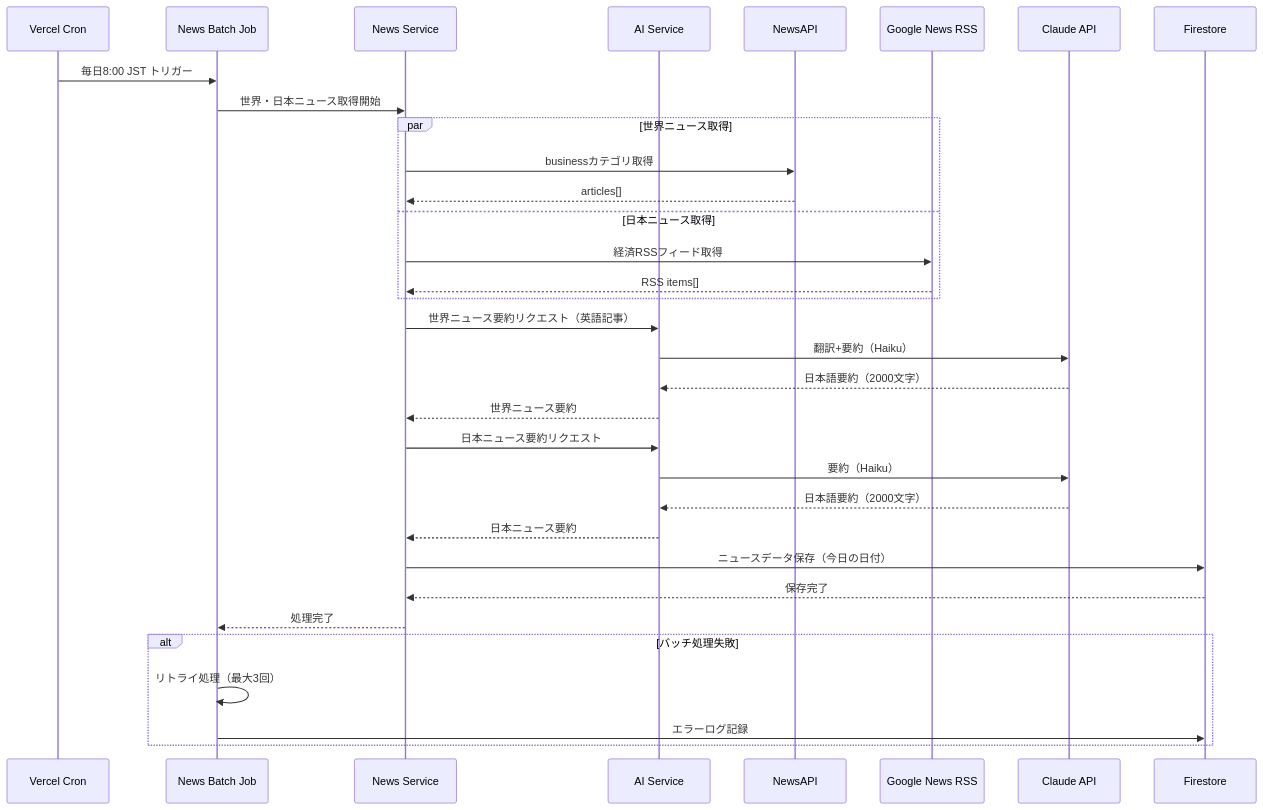
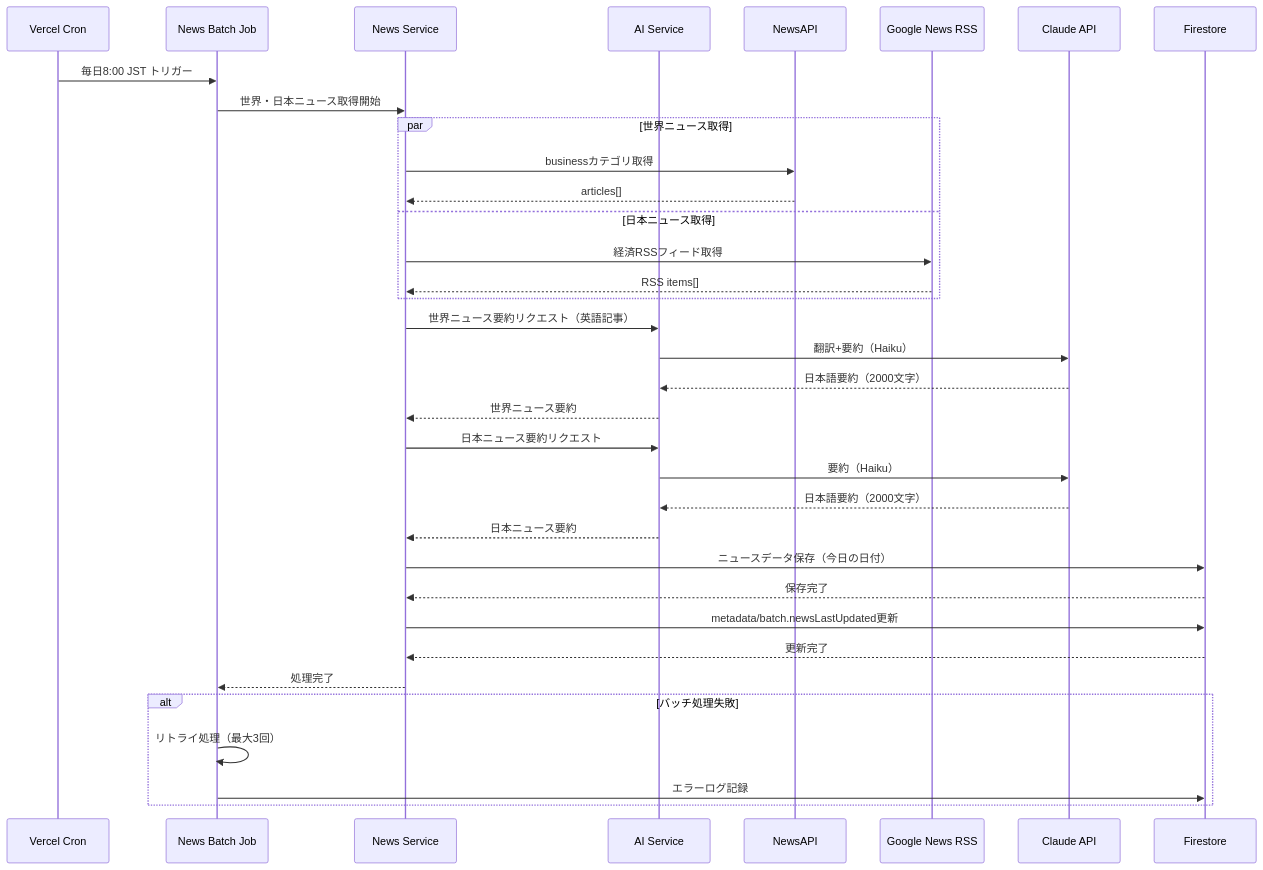
One commit to acmk189/invest-learning-app changed the second of 4 diagrams in .kiro/specs/investment-news-app/design.md. Above: the diagram before and after it, drawn with Mermaid. The commit also changed other lines of this file and 7 other files, not shown here.

````diff
--- a/.kiro/specs/investment-news-app/design.md
+++ b/.kiro/specs/investment-news-app/design.md
@@ -135,41 +135,43 @@
 ```mermaid
 sequenceDiagram
     participant Cron as Vercel Cron
     participant NewsJob as News Batch Job
     participant NewsService as News Service
     participant AIService as AI Service
     participant NewsAPI as NewsAPI
     participant GoogleRSS as Google News RSS
     participant ClaudeAPI as Claude API
     participant Firestore as Firestore
 
     Cron->>NewsJob: 毎日8:00 JST トリガー
     NewsJob->>NewsService: 世界・日本ニュース取得開始
 
     par 世界ニュース取得
         NewsService->>NewsAPI: businessカテゴリ取得
         NewsAPI-->>NewsService: articles[]
     and 日本ニュース取得
         NewsService->>GoogleRSS: 経済RSSフィード取得
         GoogleRSS-->>NewsService: RSS items[]
     end
 
     NewsService->>AIService: 世界ニュース要約リクエスト（英語記事）
     AIService->>ClaudeAPI: 翻訳+要約（Haiku）
     ClaudeAPI-->>AIService: 日本語要約（2000文字）
     AIService-->>NewsService: 世界ニュース要約
 
     NewsService->>AIService: 日本ニュース要約リクエスト
     AIService->>ClaudeAPI: 要約（Haiku）
     ClaudeAPI-->>AIService: 日本語要約（2000文字）
     AIService-->>NewsService: 日本ニュース要約
 
     NewsService->>Firestore: ニュースデータ保存（今日の日付）
     Firestore-->>NewsService: 保存完了
+    NewsService->>Firestore: metadata/batch.newsLastUpdated更新
+    Firestore-->>NewsService: 更新完了
     NewsService-->>NewsJob: 処理完了
 
     alt バッチ処理失敗
         NewsJob->>NewsJob: リトライ処理（最大3回）
         NewsJob->>Firestore: エラーログ記録
     end
 ```
````
